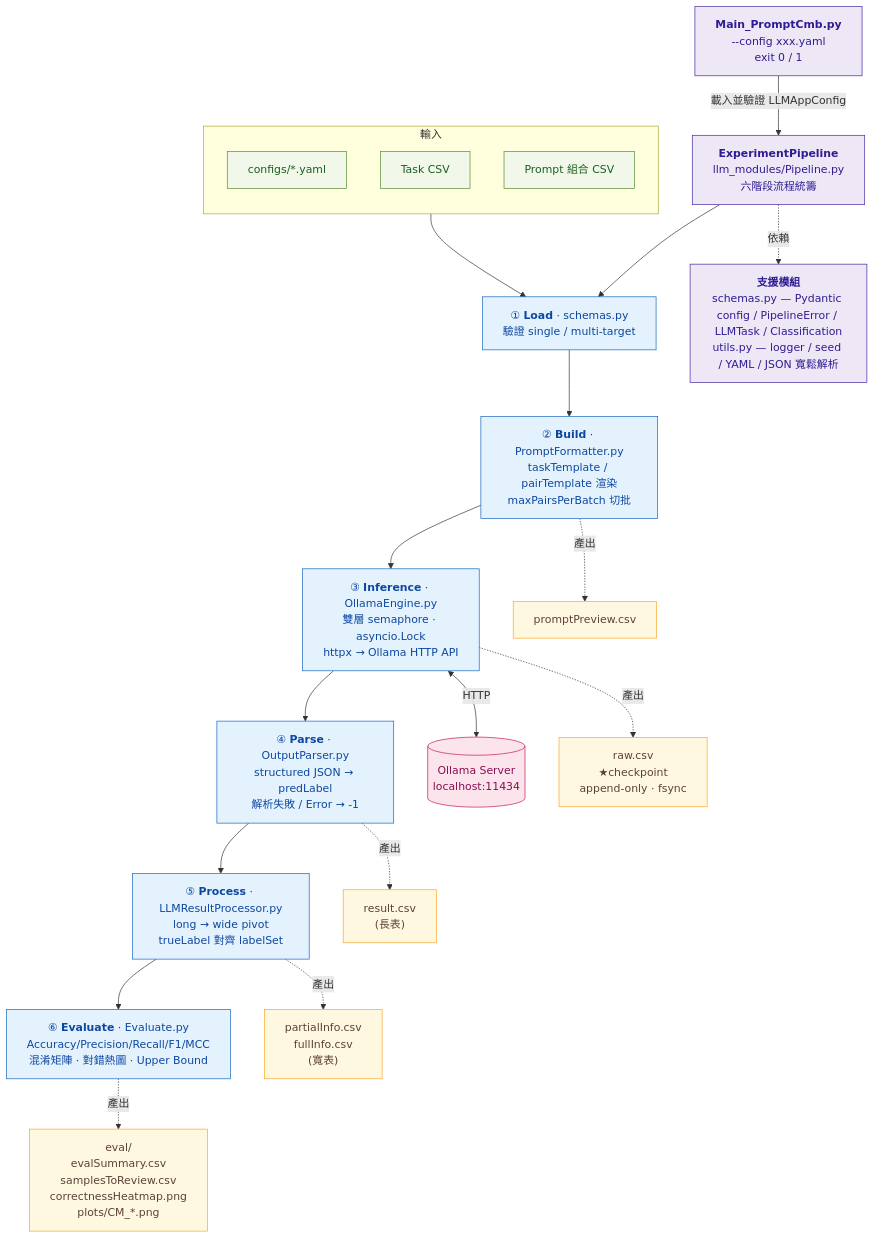
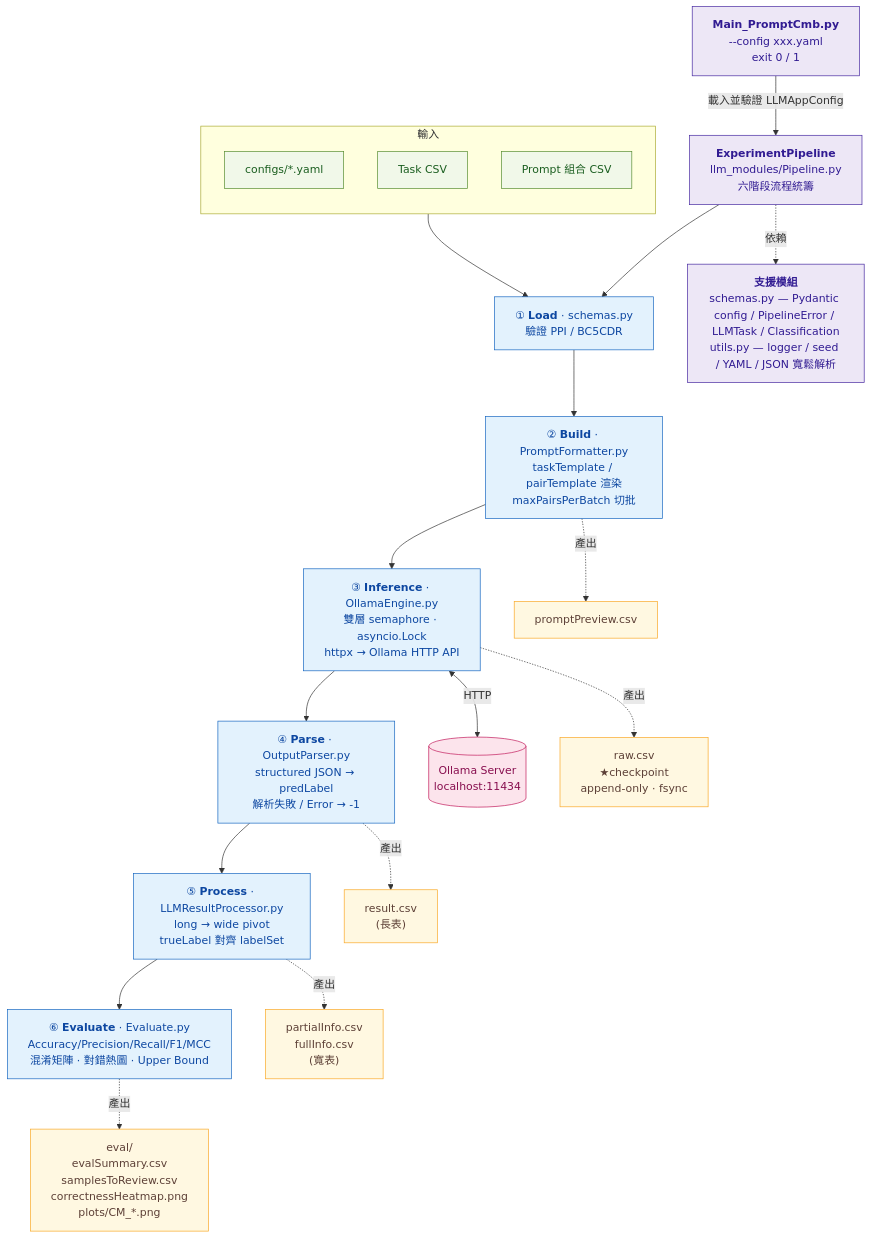
Before and after one commit to SofaPottato/EnsemblePrompt-ML: the diagram in README.md, drawn with Mermaid. The commit also changed other lines of this file and 15 other files, not shown here.

````diff
--- a/README.md
+++ b/README.md
@@ -34,61 +34,61 @@
 ```mermaid
 flowchart TD
     %% 進入點
     Entry["<b>Main_PromptCmb.py</b><br/>--config xxx.yaml<br/>exit 0 / 1"]
     Pipeline["<b>ExperimentPipeline</b><br/>llm_modules/Pipeline.py<br/>六階段流程統籌"]
     Entry -->|"載入並驗證 LLMAppConfig"| Pipeline
 
     %% 輸入
     subgraph Inputs["輸入"]
         direction TB
         Cfg["configs/*.yaml"]
         TaskCsv["Task CSV"]
         PromptCsv["Prompt 組合 CSV"]
     end
     Inputs --> S1
 
     %% 六階段
-    S1["① <b>Load</b> · schemas.py<br/>驗證 single / multi-target"]
+    S1["① <b>Load</b> · schemas.py<br/>驗證 PPI / BC5CDR"]
     S2["② <b>Build</b> · PromptFormatter.py<br/>taskTemplate / pairTemplate 渲染<br/>maxPairsPerBatch 切批"]
     S3["③ <b>Inference</b> · OllamaEngine.py<br/>雙層 semaphore · asyncio.Lock<br/>httpx → Ollama HTTP API"]
     S4["④ <b>Parse</b> · OutputParser.py<br/>structured JSON → predLabel<br/>解析失敗 / Error → -1"]
     S5["⑤ <b>Process</b> · LLMResultProcessor.py<br/>long → wide pivot<br/>trueLabel 對齊 labelSet"]
     S6["⑥ <b>Evaluate</b> · Evaluate.py<br/>Accuracy/Precision/Recall/F1/MCC<br/>混淆矩陣 · 對錯熱圖 · Upper Bound"]
 
     Pipeline --> S1
     S1 --> S2 --> S3 --> S4 --> S5 --> S6
 
     %% 外部依賴
     Ollama[("Ollama Server<br/>localhost:11434")]
     S3 <-->|"HTTP"| Ollama
 
     %% 落盤產出
     O2["promptPreview.csv"]
     O3["raw.csv<br/>★checkpoint<br/>append-only · fsync"]
     O4["result.csv<br/>(長表)"]
     O5["partialInfo.csv<br/>fullInfo.csv<br/>(寬表)"]
     O6["eval/<br/>evalSummary.csv<br/>samplesToReview.csv<br/>correctnessHeatmap.png<br/>plots/CM_*.png"]
 
     S2 -.產出.-> O2
     S3 -.產出.-> O3
     S4 -.產出.-> O4
     S5 -.產出.-> O5
     S6 -.產出.-> O6
 
     %% 支援模組
     Support["<b>支援模組</b><br/>schemas.py — Pydantic config / PipelineError / LLMTask / Classification<br/>utils.py — logger / seed / YAML / JSON 寬鬆解析"]
     Pipeline -.依賴.-> Support
 
     %% 樣式
     classDef stage fill:#e3f2fd,stroke:#1565c0,color:#0d47a1
     classDef output fill:#fff8e1,stroke:#f9a825,color:#5d4037
     classDef input fill:#f1f8e9,stroke:#558b2f,color:#1b5e20
     classDef ext fill:#fce4ec,stroke:#c2185b,color:#880e4f
     classDef entry fill:#ede7f6,stroke:#4527a0,color:#311b92
 
     class S1,S2,S3,S4,S5,S6 stage
     class O2,O3,O4,O5,O6 output
     class Cfg,TaskCsv,PromptCsv input
     class Ollama ext
     class Entry,Pipeline,Support entry
 ```
````
